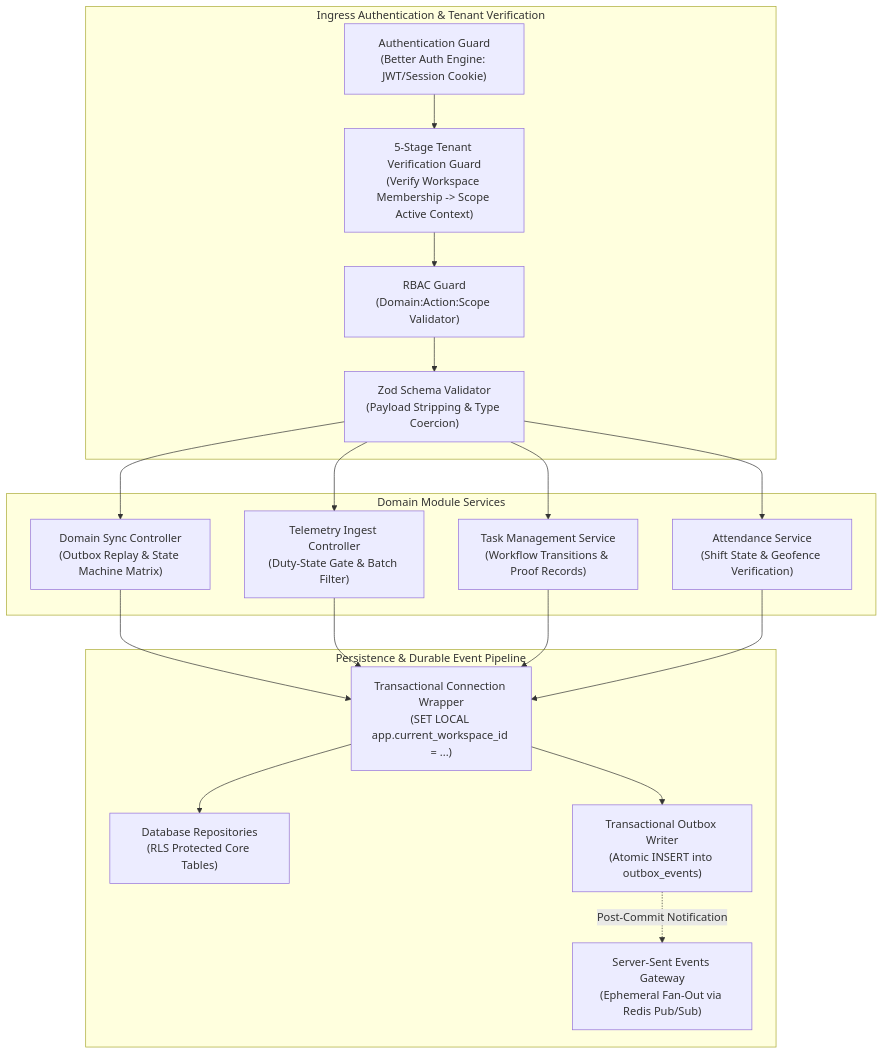
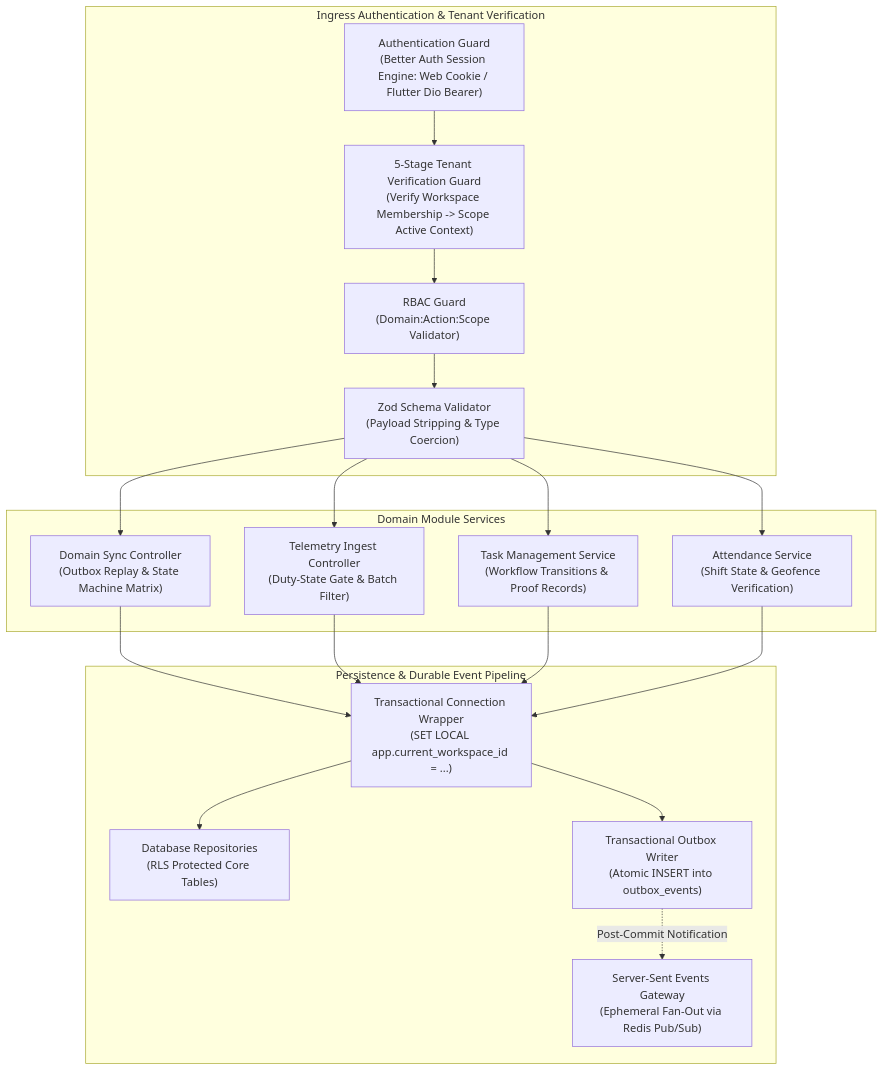
The third of 3 diagrams in docs/architecture/OPRINO-TECHNICAL-ARCHITECTURE.md (djsushilkumar/oprino), drawn with Mermaid before and after one commit. The commit also changed other lines of this file and 151 other files, not shown here.

Commit message:
chore: freeze Flutter architecture and Phase 01B baseline

````diff
--- a/docs/architecture/OPRINO-TECHNICAL-ARCHITECTURE.md
+++ b/docs/architecture/OPRINO-TECHNICAL-ARCHITECTURE.md
@@ -110,29 +110,29 @@
 ```mermaid
 flowchart TD
     subgraph IngressPipeline["Ingress Authentication & Tenant Verification"]
-        AUTH_GUARD["Authentication Guard<br>(Better Auth Engine: JWT/Session Cookie)"]
+        AUTH_GUARD["Authentication Guard<br>(Better Auth Session Engine: Web Cookie / Flutter Dio Bearer)"]
         TENANT_GUARD["5-Stage Tenant Verification Guard<br>(Verify Workspace Membership -> Scope Active Context)"]
         RBAC_GUARD["RBAC Guard<br>(Domain:Action:Scope Validator)"]
         ZOD_GUARD["Zod Schema Validator<br>(Payload Stripping & Type Coercion)"]
     end
 
     subgraph DomainServices["Domain Module Services"]
         SYNC_SVC["Domain Sync Controller<br>(Outbox Replay & State Machine Matrix)"]
         LOC_SVC["Telemetry Ingest Controller<br>(Duty-State Gate & Batch Filter)"]
         TASK_SVC["Task Management Service<br>(Workflow Transitions & Proof Records)"]
         ATT_SVC["Attendance Service<br>(Shift State & Geofence Verification)"]
     end
 
     subgraph PersistencePipeline["Persistence & Durable Event Pipeline"]
         TX_WRAPPER["Transactional Connection Wrapper<br>(SET LOCAL app.current_workspace_id = ...)"]
         DB_REPO["Database Repositories<br>(RLS Protected Core Tables)"]
         OUTBOX["Transactional Outbox Writer<br>(Atomic INSERT into outbox_events)"]
         SSE_GW["Server-Sent Events Gateway<br>(Ephemeral Fan-Out via Redis Pub/Sub)"]
     end
 
     AUTH_GUARD --> TENANT_GUARD --> RBAC_GUARD --> ZOD_GUARD
     ZOD_GUARD --> SYNC_SVC & LOC_SVC & TASK_SVC & ATT_SVC
     SYNC_SVC & LOC_SVC & TASK_SVC & ATT_SVC --> TX_WRAPPER
     TX_WRAPPER --> DB_REPO & OUTBOX
     OUTBOX -.->|Post-Commit Notification| SSE_GW
 ```
````
